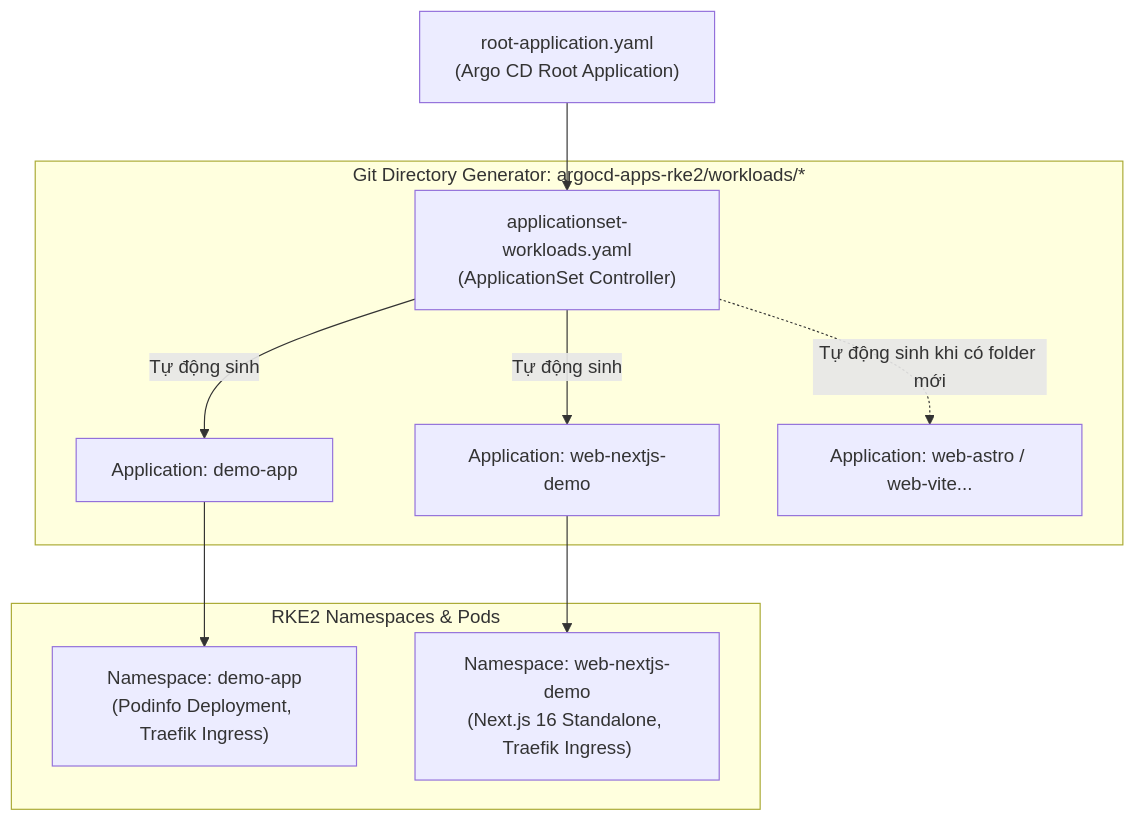
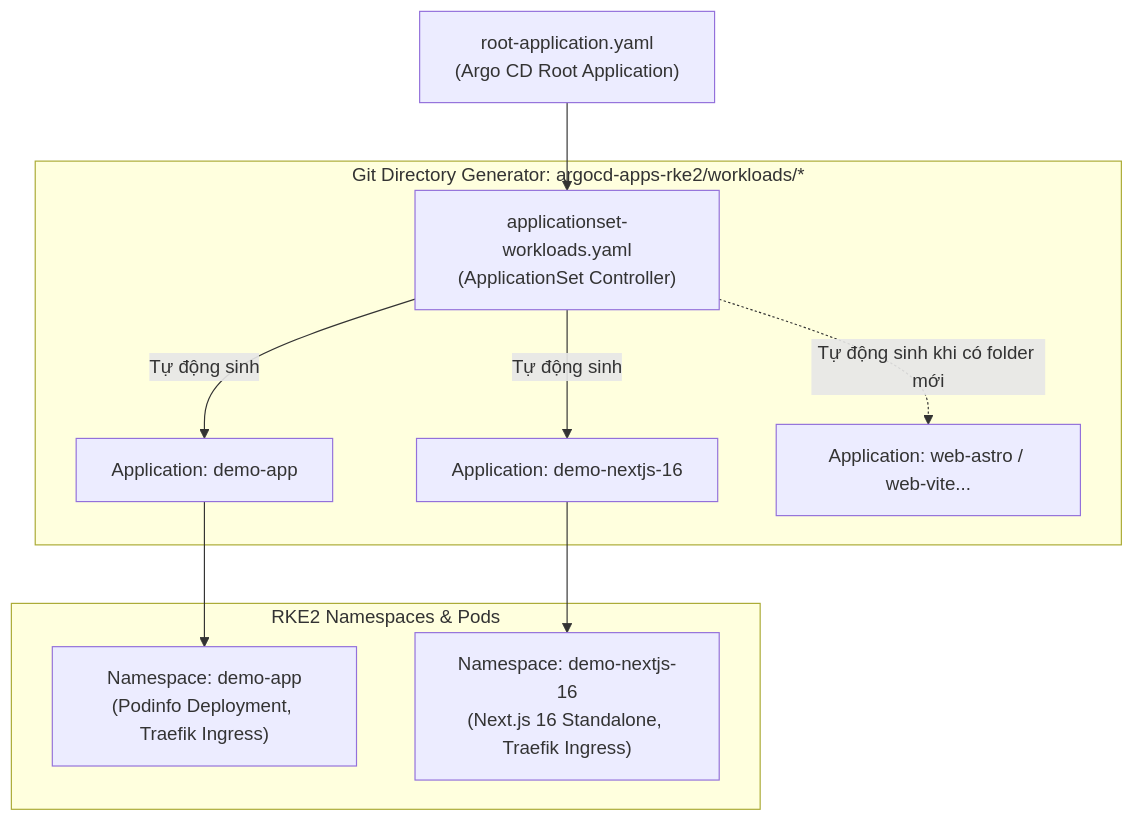
One commit to 001123/lab-harvester-gitops changed the diagram in argocd-apps-rke2/README.md. Above: the diagram before and after it, drawn with Mermaid. The commit also changed other lines of this file and 7 other files, not shown here.

Commit message:
refactor(workloads): rename web-nextjs-demo to demo-nextjs-16

````diff
--- a/argocd-apps-rke2/README.md
+++ b/argocd-apps-rke2/README.md
@@ -11,15 +11,15 @@
 ```mermaid
 graph TD
     RootApp["root-application.yaml\n(Argo CD Root Application)"] --> AppSet["applicationset-workloads.yaml\n(ApplicationSet Controller)"]
     
     subgraph "Git Directory Generator: argocd-apps-rke2/workloads/*"
         AppSet -->|Tự động sinh| AppDemo["Application: demo-app"]
-        AppSet -->|Tự động sinh| AppNextJS["Application: web-nextjs-demo"]
+        AppSet -->|Tự động sinh| AppNextJS["Application: demo-nextjs-16"]
         AppSet -.->|Tự động sinh khi có folder mới| AppFuture["Application: web-astro / web-vite..."]
     end
     
     subgraph "RKE2 Namespaces & Pods"
         AppDemo --> PodDemo["Namespace: demo-app\n(Podinfo Deployment, Traefik Ingress)"]
-        AppNextJS --> NextPod["Namespace: web-nextjs-demo\n(Next.js 16 Standalone, Traefik Ingress)"]
+        AppNextJS --> NextPod["Namespace: demo-nextjs-16\n(Next.js 16 Standalone, Traefik Ingress)"]
     end
 ```
````
